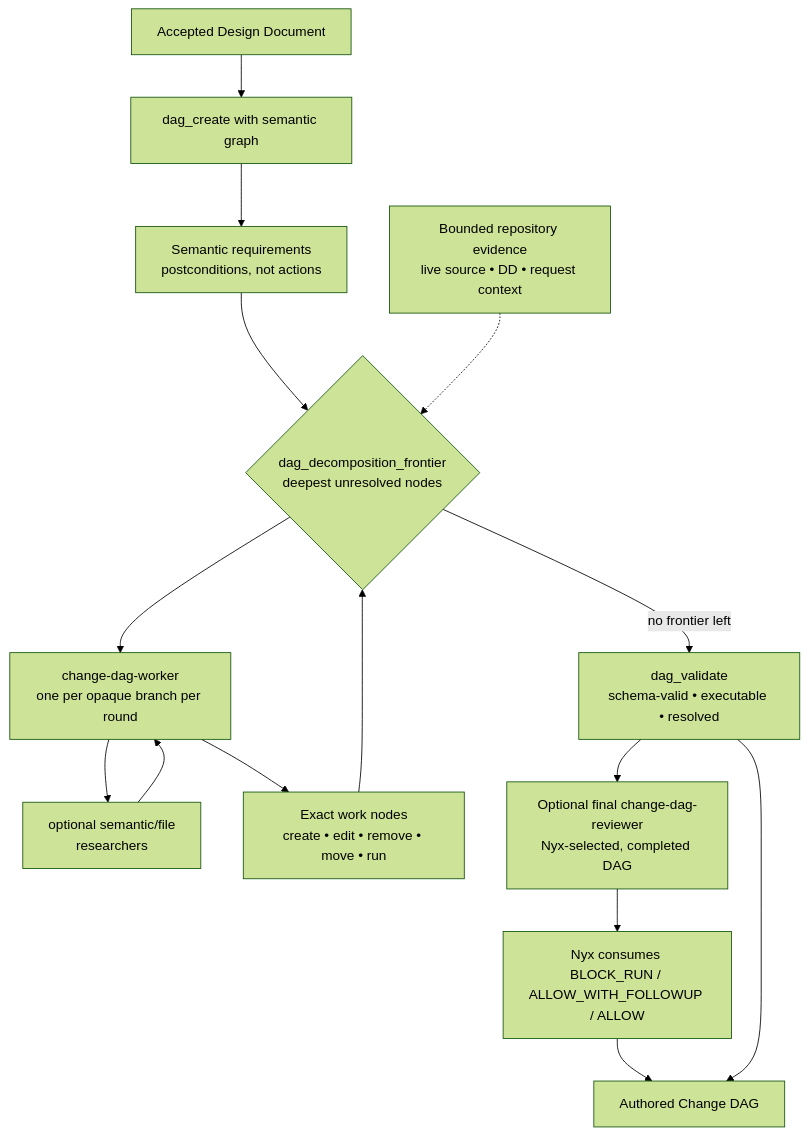
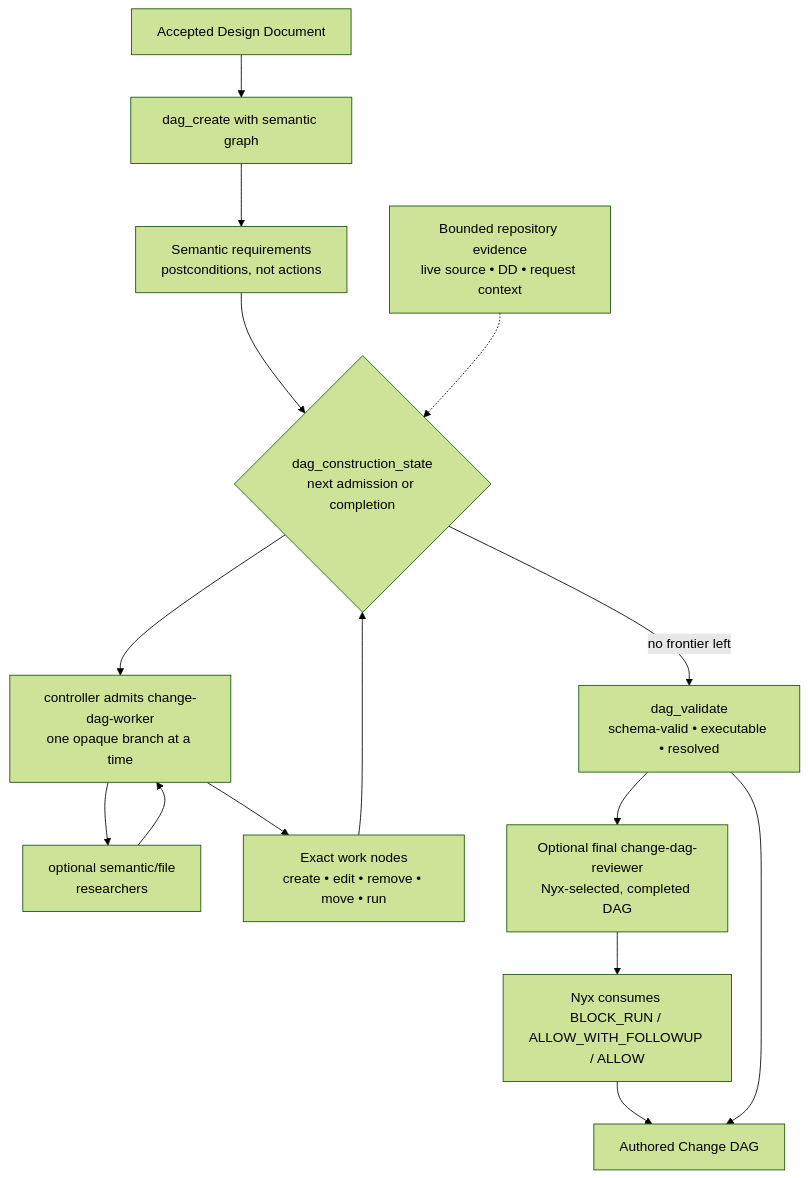
The first of 2 diagrams in docs/architecture/change-dag-lifecycle.md (xiaden/SkyScow), drawn with Mermaid (forest theme) before and after one commit. The commit also changed other lines of this file and 58 other files, not shown here.

Commit message:
feat(change-dag): add ephemeral construction controller

````diff
--- a/docs/architecture/change-dag-lifecycle.md
+++ b/docs/architecture/change-dag-lifecycle.md
@@ -16,18 +19,18 @@
 ```mermaid
 flowchart TD
     DD["Accepted Design Document"] --> S["dag_create with semantic graph"]
     S --> SEM["Semantic requirements<br/>postconditions, not actions"]
-    SEM --> F{"dag_decomposition_frontier<br/>deepest unresolved nodes"}
-    F --> W["change-dag-worker<br/>one per opaque branch per round"]
+    SEM --> F{"dag_construction_state<br/>next admission or completion"}
+    F --> W["controller admits change-dag-worker<br/>one opaque branch at a time"]
     W --> R["optional semantic/file<br/>researchers"]
     R --> W
     W --> X["Exact work nodes<br/>create • edit • remove • move • run"]
     X --> F
     F -->|no frontier left| VAL["dag_validate<br/>schema-valid • executable • resolved"]
     VAL --> REV["Optional final change-dag-reviewer<br/>Nyx-selected, completed DAG"]
     REV --> DISP["Nyx consumes BLOCK_RUN / ALLOW_WITH_FOLLOWUP / ALLOW"]
     DISP --> AUTH["Authored Change DAG"]
     VAL --> AUTH
 
     CTX["Bounded repository evidence<br/>live source • DD • request context"] -.-> F
 ```
````
